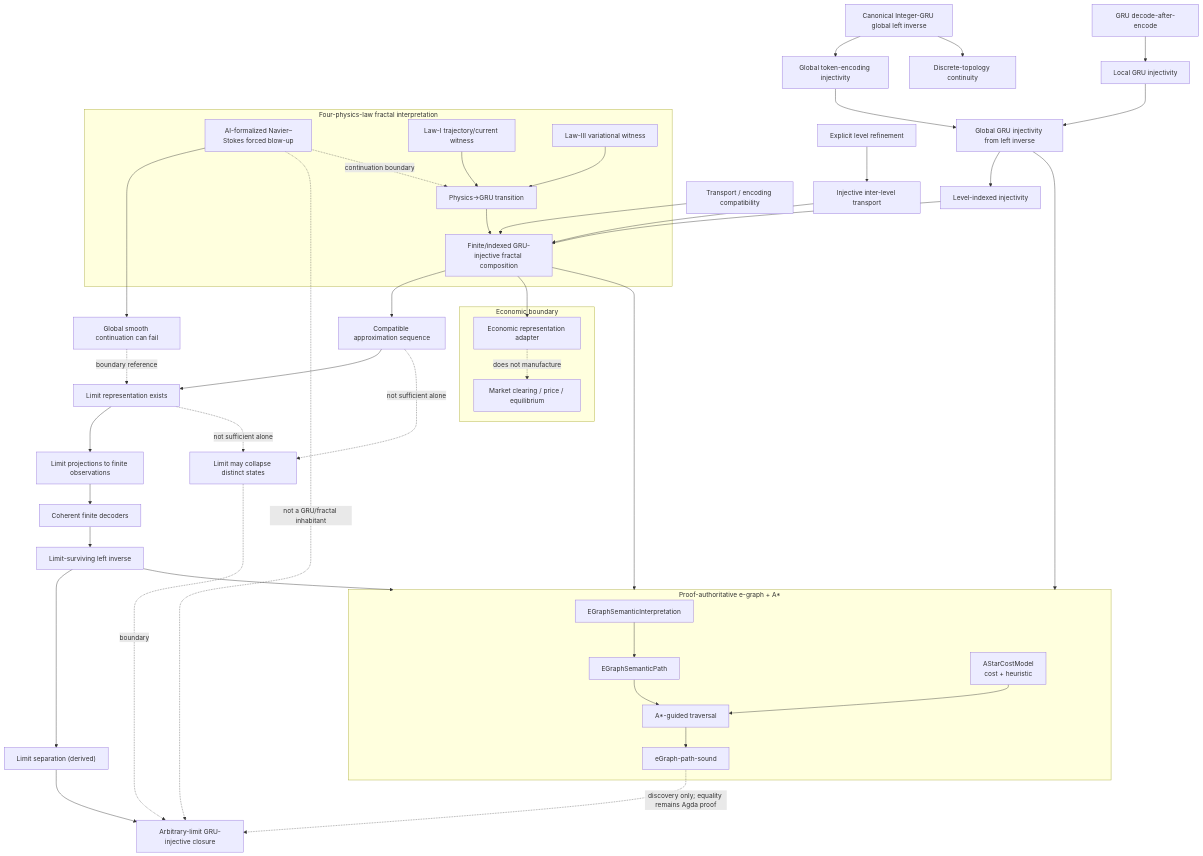
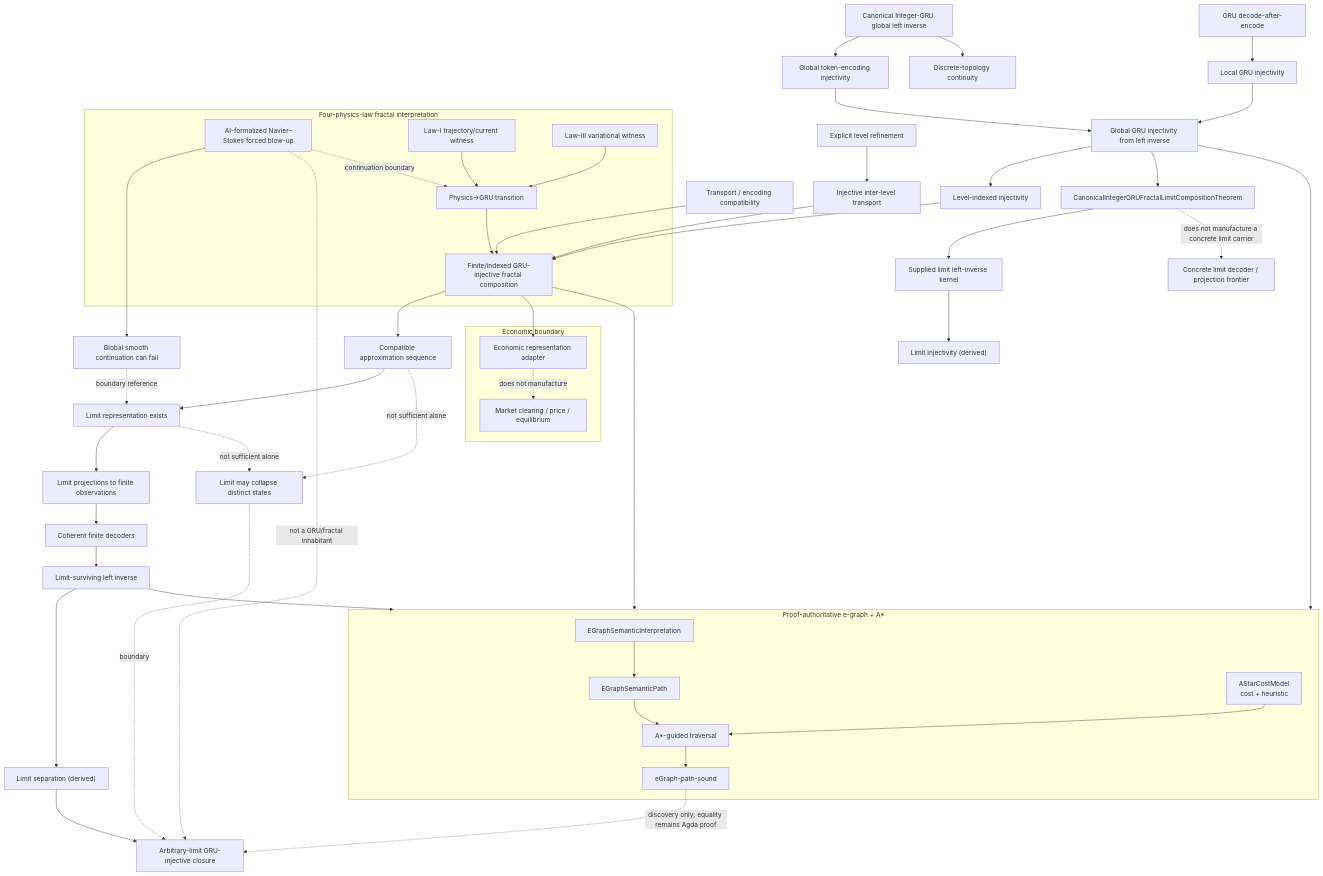
One commit to JohnChristianD/Actions changed the diagram in .ci/discovery/gru-fractal-arbitrary-limit-closure-2026-09-26.mmd. Above: the diagram before and after it, drawn with Mermaid.

Commit message:
graph: add Integer-GRU limit composition frontier

```diff
--- a/.ci/discovery/gru-fractal-arbitrary-limit-closure-2026-09-26.mmd
+++ b/.ci/discovery/gru-fractal-arbitrary-limit-closure-2026-09-26.mmd
@@ -1,49 +1,53 @@
 flowchart TD
   CIGRU["Canonical Integer-GRU global left inverse"] --> CIGI["Global token-encoding injectivity"]
   CIGI --> GGI["Global GRU injectivity from left inverse"]
   CIGRU --> CONTD["Discrete-topology continuity"]
   GI["GRU decode-after-encode"] --> LI["Local GRU injectivity"]
   LI --> GGI["Global GRU injectivity from left inverse"]
   GGI --> IDX["Level-indexed injectivity"]
+  GGI --> IGL["CanonicalIntegerGRUFractalLimitCompositionTheorem"]
+  IGL --> LIMK["Supplied limit left-inverse kernel"]
+  LIMK --> LII["Limit injectivity (derived)"]
+  IGL -. "does not manufacture a concrete limit carrier" .-> FRONT["Concrete limit decoder / projection frontier"]
   REF["Explicit level refinement"] --> TR["Injective inter-level transport"]
   IDX --> COMP["Finite/indexed GRU-injective fractal composition"]
   TR --> COMP
   COMPAT["Transport / encoding compatibility"] --> COMP
   COMP --> APP["Compatible approximation sequence"]
   APP --> LIM["Limit representation exists"]
   LIM --> PROJ["Limit projections to finite observations"]
   PROJ --> COH["Coherent finite decoders"]
   COH --> LINV["Limit-surviving left inverse"]
   LINV --> SEP["Limit separation (derived)"]
   SEP --> ALI["Arbitrary-limit GRU-injective closure"]
   APP -. "not sufficient alone" .-> BAD["Limit may collapse distinct states"]
   LIM -. "not sufficient alone" .-> BAD
   BAD -. "boundary" .-> ALI
 
   subgraph SEARCH["Proof-authoritative e-graph + A*"]
     EG["EGraphSemanticInterpretation"] --> PATH["EGraphSemanticPath"]
     COST["AStarCostModel<br/>cost + heuristic"] --> ASTAR["A*-guided traversal"]
     PATH --> ASTAR
     ASTAR --> SOUND["eGraph-path-sound"]
   end
 
   GGI --> SEARCH
   COMP --> SEARCH
   LINV --> SEARCH
   SOUND -. "discovery only; equality remains Agda proof" .-> ALI
 
   NS["AI-formalized Navier–Stokes forced blow-up"] --> CONT["Global smooth continuation can fail"]
   CONT -. "boundary reference" .-> LIM
   NS -. "not a GRU/fractal inhabitant" .-> ALI
 
   subgraph PHYS["Four-physics-law fractal interpretation"]
     L1["Law-I trajectory/current witness"] --> PGRU["Physics→GRU transition"]
     L3["Law-III variational witness"] --> PGRU
     PGRU --> COMP
     NS -. "continuation boundary" .-> PGRU
   end
 
   subgraph ECON["Economic boundary"]
     COMP --> EREP["Economic representation adapter"]
     EREP -. "does not manufacture" .-> EQ["Market clearing / price / equilibrium"]
   end
```
